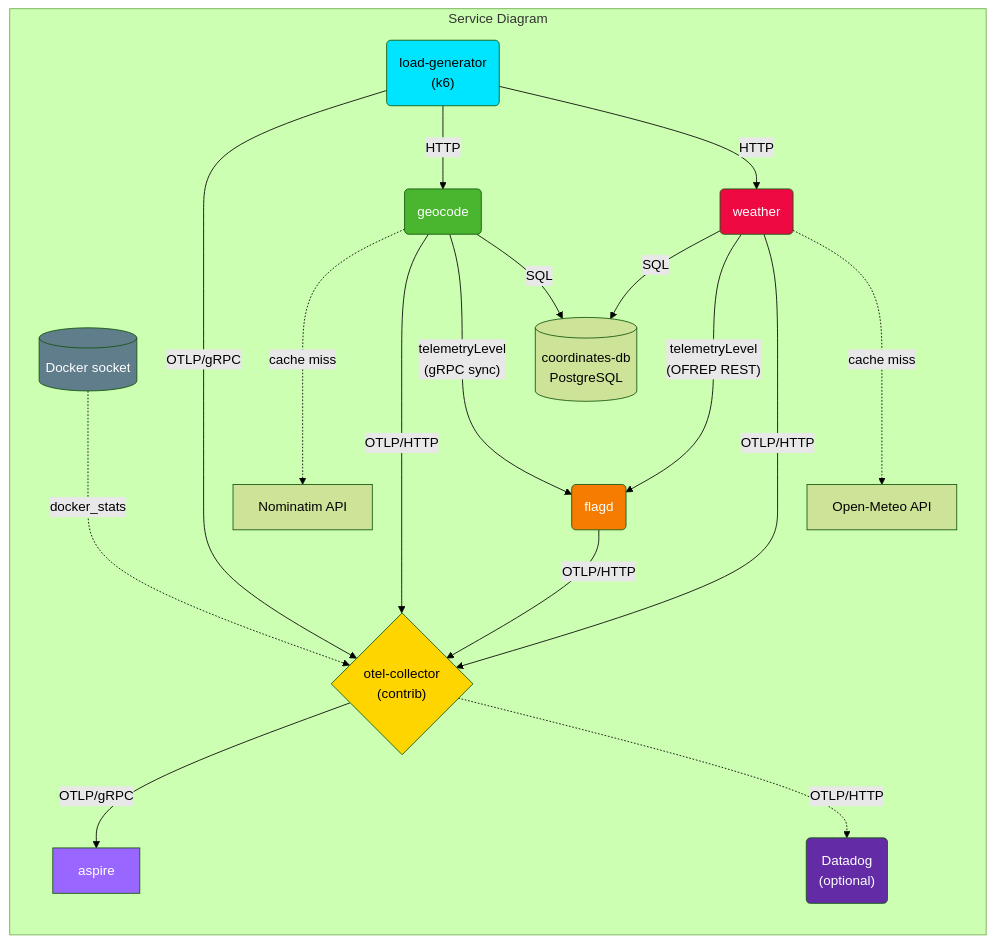
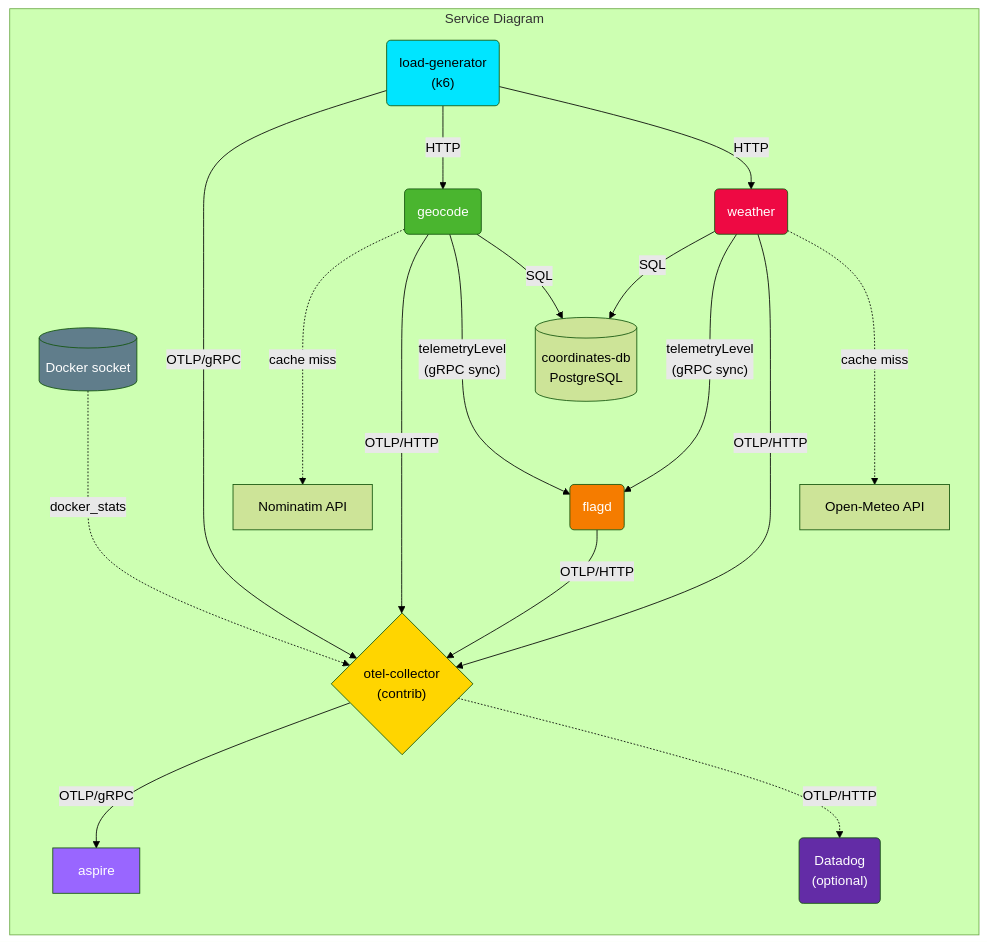
One commit to OTelFeature/poc changed the diagram in README.md. Above: the diagram before and after it, drawn with Mermaid (forest theme). The commit also changed other lines of this file and 4 other files, not shown here.

First line of the commit message:
Point weather at flagd's in-process sync stream

````diff
--- a/README.md
+++ b/README.md
@@ -10,42 +10,42 @@
 ```mermaid
 flowchart LR
     classDef load fill:#00e5ff,color:black;
     classDef geocode fill:#4ab52f,color:white;
     classDef weather fill:#ee0943,color:white;
     classDef otelcol fill:#ffd500,color:black;
     classDef aspire fill:#9966ff,color:white;
     classDef docker fill:#607d8b,color:white;
     classDef flagd fill:#f57c00,color:white;
     classDef datadog fill:#632ca6,color:white;
 
 
     subgraph Service Diagram
         load("load-generator<br/>(k6)"):::load
         geocode(geocode):::geocode
         weather(weather):::weather
         flagd(flagd):::flagd
         otelcol{"otel-collector<br/>(contrib)"}:::otelcol
         docker[("Docker socket")]:::docker
         coordinates[(coordinates-db<br/>PostgreSQL)]
         aspire[aspire]:::aspire
         datadog("Datadog<br/>(optional)"):::datadog
 
         docker -..->|docker_stats| otelcol
         load -->|OTLP/gRPC| otelcol
         load -->|HTTP| geocode
         load -->|HTTP| weather
         
         geocode -..->|cache miss| nominatim["Nominatim API"]
         geocode ---->|OTLP/HTTP| otelcol
         geocode --->|"telemetryLevel<br/>(gRPC sync)"| flagd
 
         geocode -->|SQL| coordinates
         weather -->|SQL| coordinates
-        weather --->|"telemetryLevel<br/>(OFREP REST)"| flagd
+        weather --->|"telemetryLevel<br/>(gRPC sync)"| flagd
         weather --->|OTLP/HTTP| otelcol
         weather -..->|cache miss| openmeteo["Open-Meteo API"]
         flagd -->|OTLP/HTTP| otelcol
         otelcol -->|OTLP/gRPC| aspire
         otelcol -.->|OTLP/HTTP| datadog
     end
 ```
````
